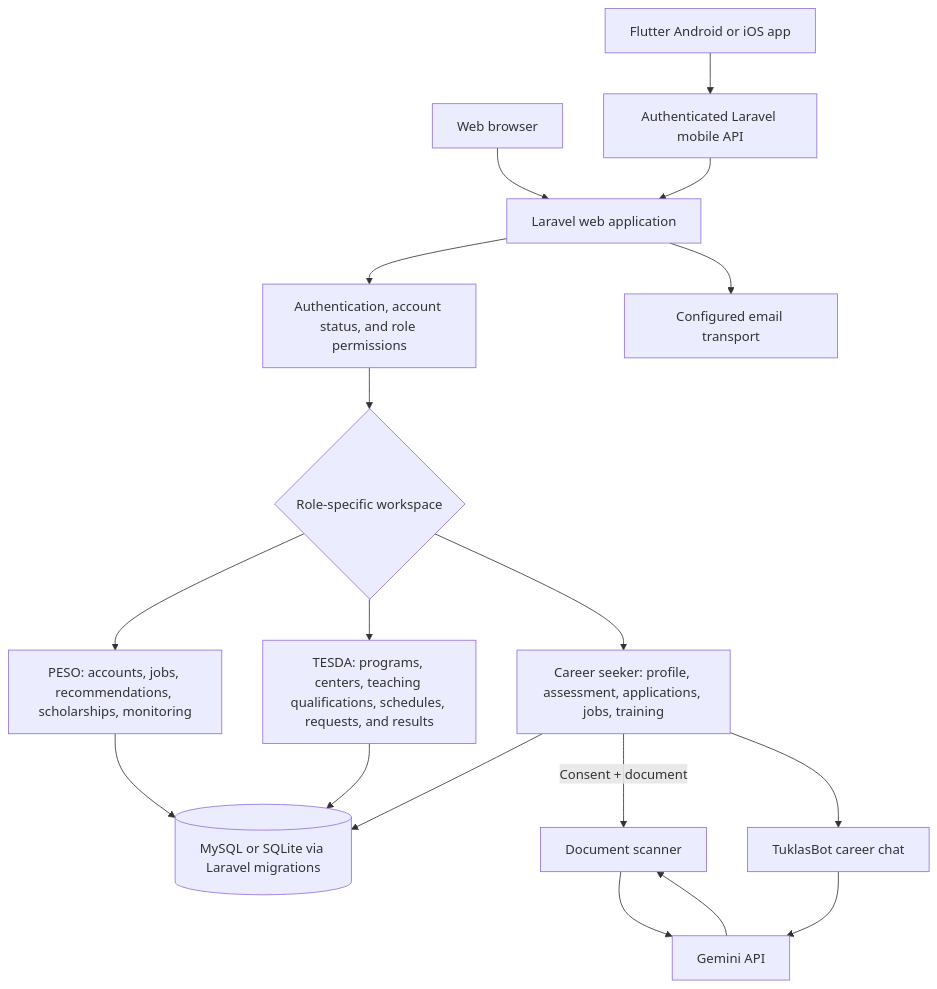
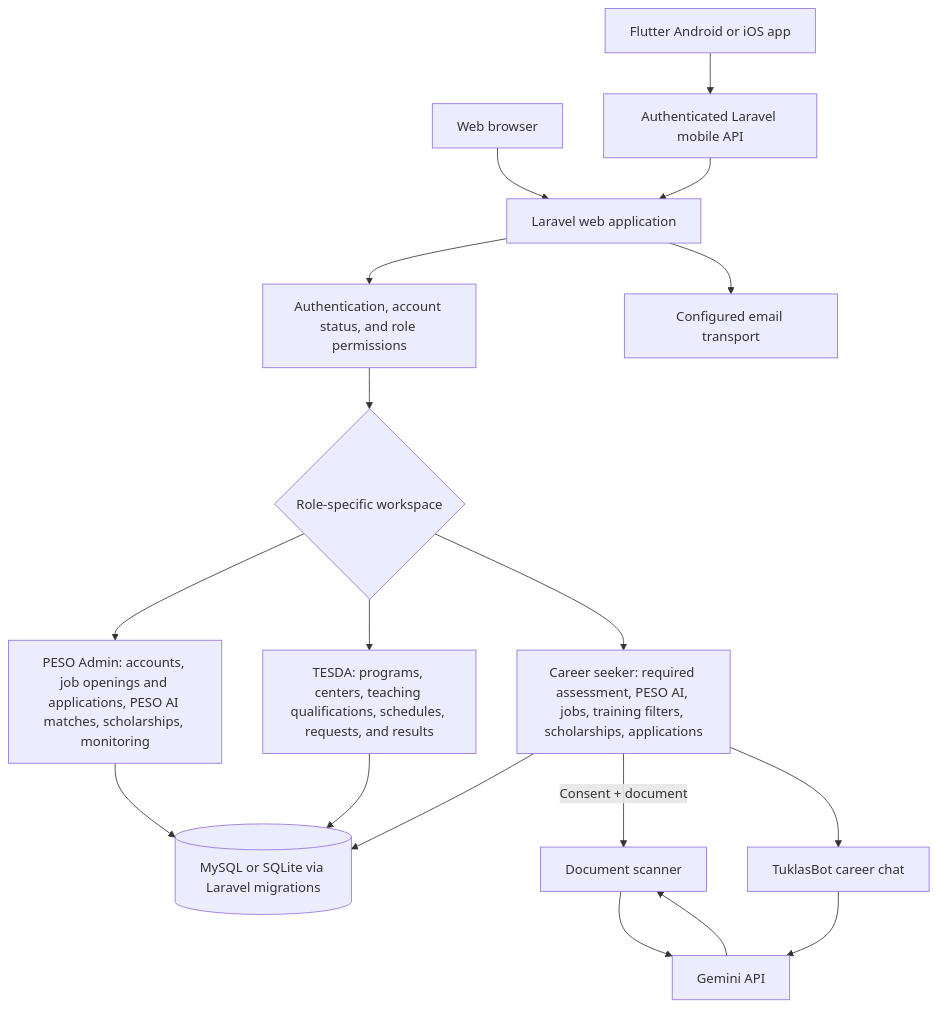
Before and after one commit to myteam100ovr-pixel/Tuklas: the second of 4 diagrams in README.md, drawn with Mermaid. The commit also changed other lines of this file and 9 other files, not shown here.

````diff
--- a/README.md
+++ b/README.md
@@ -63,23 +95,23 @@
 ```mermaid
 flowchart TD
     WEB[Web browser] --> LARAVEL[Laravel web application]
     FLUTTER[Flutter Android or iOS app] --> API[Authenticated Laravel mobile API]
     API --> LARAVEL
     LARAVEL --> AUTH[Authentication, account status, and role permissions]
     AUTH --> ROLES{Role-specific workspace}
 
-    ROLES --> PESO[PESO: accounts, jobs, recommendations, scholarships, monitoring]
+    ROLES --> PESO[PESO Admin: accounts, job openings and applications, PESO AI matches, scholarships, monitoring]
     ROLES --> TESDA[TESDA: programs, centers, teaching qualifications, schedules, requests, and results]
-    ROLES --> YOUTH[Career seeker: profile, assessment, applications, jobs, training]
+    ROLES --> YOUTH[Career seeker: required assessment, PESO AI, jobs, training filters, scholarships, applications]
 
     PESO --> DB[(MySQL or SQLite via Laravel migrations)]
     TESDA --> DB
     YOUTH --> DB
 
     YOUTH -->|Consent + document| SCANNER[Document scanner]
     SCANNER --> GEMINI[Gemini API]
     GEMINI --> SCANNER
     YOUTH --> BOT[TuklasBot career chat]
     BOT --> GEMINI
     LARAVEL --> MAIL[Configured email transport]
 ```
````
